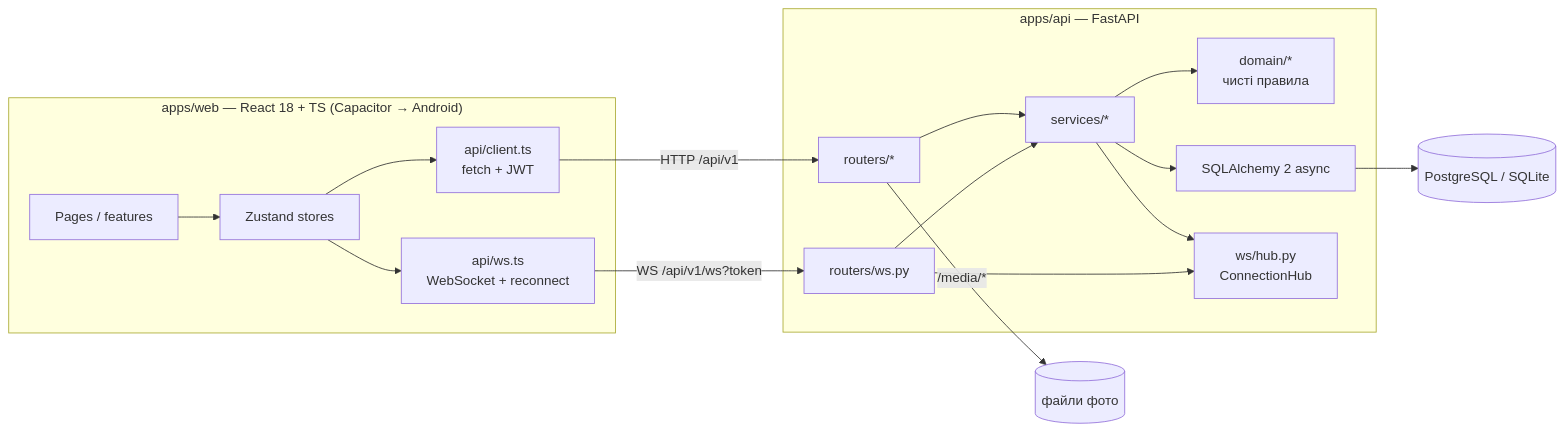
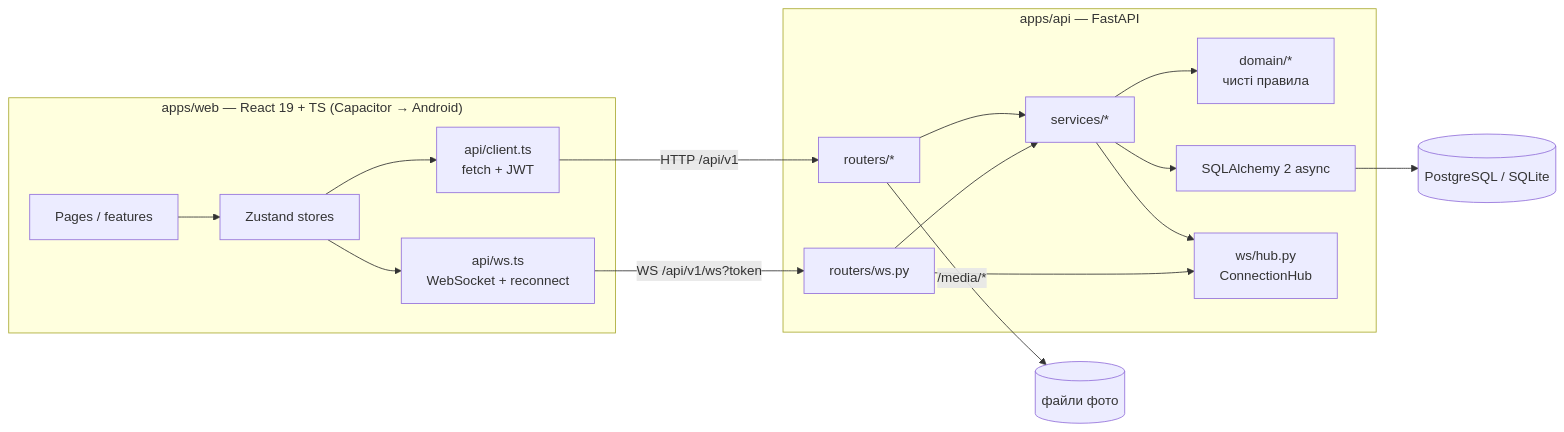
Before and after one commit to Nujabesuuu/Team_14: the first of 2 diagrams in docs/architecture.md, drawn with Mermaid. The commit also changed other lines of this file and 20 other files, not shown here.

````diff
--- a/docs/architecture.md
+++ b/docs/architecture.md
@@ -5,22 +5,22 @@
 ```mermaid
 flowchart LR
-  subgraph Client["apps/web — React 18 + TS (Capacitor → Android)"]
+  subgraph Client["apps/web — React 19 + TS (Capacitor → Android)"]
     UI[Pages / features] --> Stores[Zustand stores]
     Stores --> Api[api/client.ts<br/>fetch + JWT]
     Stores --> WS[api/ws.ts<br/>WebSocket + reconnect]
   end
 
   subgraph Server["apps/api — FastAPI"]
     Routers[routers/*] --> Services[services/*]
     Services --> Domain[domain/*<br/>чисті правила]
     Services --> ORM[SQLAlchemy 2 async]
     Services --> Hub[ws/hub.py<br/>ConnectionHub]
     WSR[routers/ws.py] --> Hub
     WSR --> Services
   end
 
   Api -- "HTTP /api/v1" --> Routers
   WS -- "WS /api/v1/ws?token" --> WSR
   ORM --> DB[(PostgreSQL / SQLite)]
   Routers -- "/media/*" --> Media[(файли фото)]
 ```
````
